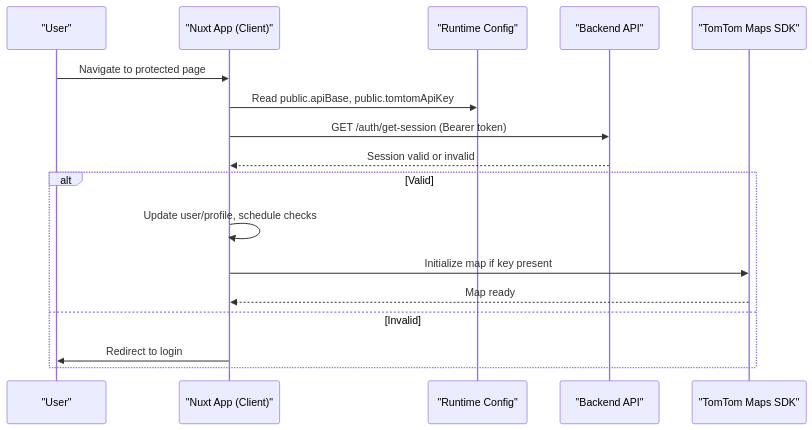
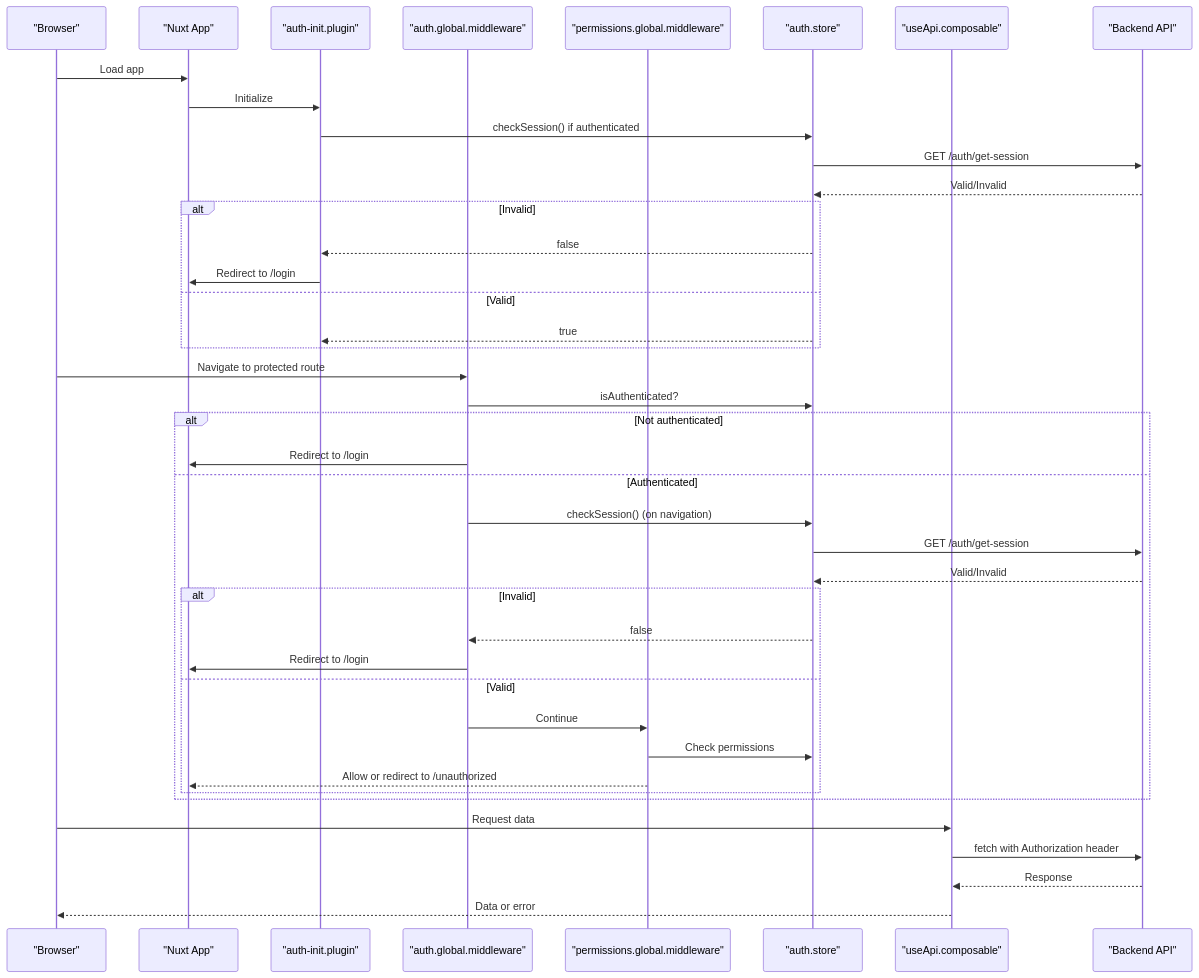
One commit to Lazynerd-Studios/lacarte-atlas-console changed the second of 3 diagrams in .qoder/repowiki/en/content/Deployment & Production.md. Above: the diagram before and after it, drawn with Mermaid. The commit also changed other lines of this file and 139 other files, not shown here.

````diff
--- a/.qoder/repowiki/en/content/Deployment & Production.md
+++ b/.qoder/repowiki/en/content/Deployment & Production.md
@@ -94,19 +88,43 @@
 ```mermaid
 sequenceDiagram
-participant U as "User"
-participant FE as "Nuxt App (Client)"
-participant RC as "Runtime Config"
-participant API as "Backend API"
-participant MAP as "TomTom Maps SDK"
-U->>FE : Navigate to protected page
-FE->>RC : Read public.apiBase, public.tomtomApiKey
-FE->>API : GET /auth/get-session (Bearer token)
-API-->>FE : Session valid or invalid
-alt Valid
-FE->>FE : Update user/profile, schedule checks
-FE->>MAP : Initialize map if key present
-MAP-->>FE : Map ready
-else Invalid
-FE->>U : Redirect to login
+participant Browser as "Browser"
+participant Nuxt as "Nuxt App"
+participant Plugin as "auth-init.plugin"
+participant MWAuth as "auth.global.middleware"
+participant MWPerm as "permissions.global.middleware"
+participant Store as "auth.store"
+participant API as "useApi.composable"
+participant Backend as "Backend API"
+Browser->>Nuxt : Load app
+Nuxt->>Plugin : Initialize
+Plugin->>Store : checkSession() if authenticated
+Store->>Backend : GET /auth/get-session
+Backend-->>Store : Valid/Invalid
+alt Invalid
+Store-->>Plugin : false
+Plugin->>Nuxt : Redirect to /login
+else Valid
+Store-->>Plugin : true
 end
+Browser->>MWAuth : Navigate to protected route
+MWAuth->>Store : isAuthenticated?
+alt Not authenticated
+MWAuth->>Nuxt : Redirect to /login
+else Authenticated
+MWAuth->>Store : checkSession() (on navigation)
+Store->>Backend : GET /auth/get-session
+Backend-->>Store : Valid/Invalid
+alt Invalid
+Store-->>MWAuth : false
+MWAuth->>Nuxt : Redirect to /login
+else Valid
+MWAuth->>MWPerm : Continue
+MWPerm->>Store : Check permissions
+MWPerm-->>Nuxt : Allow or redirect to /unauthorized
+end
+end
+Browser->>API : Request data
+API->>Backend : fetch with Authorization header
+Backend-->>API : Response
+API-->>Browser : Data or error
 ```
````
